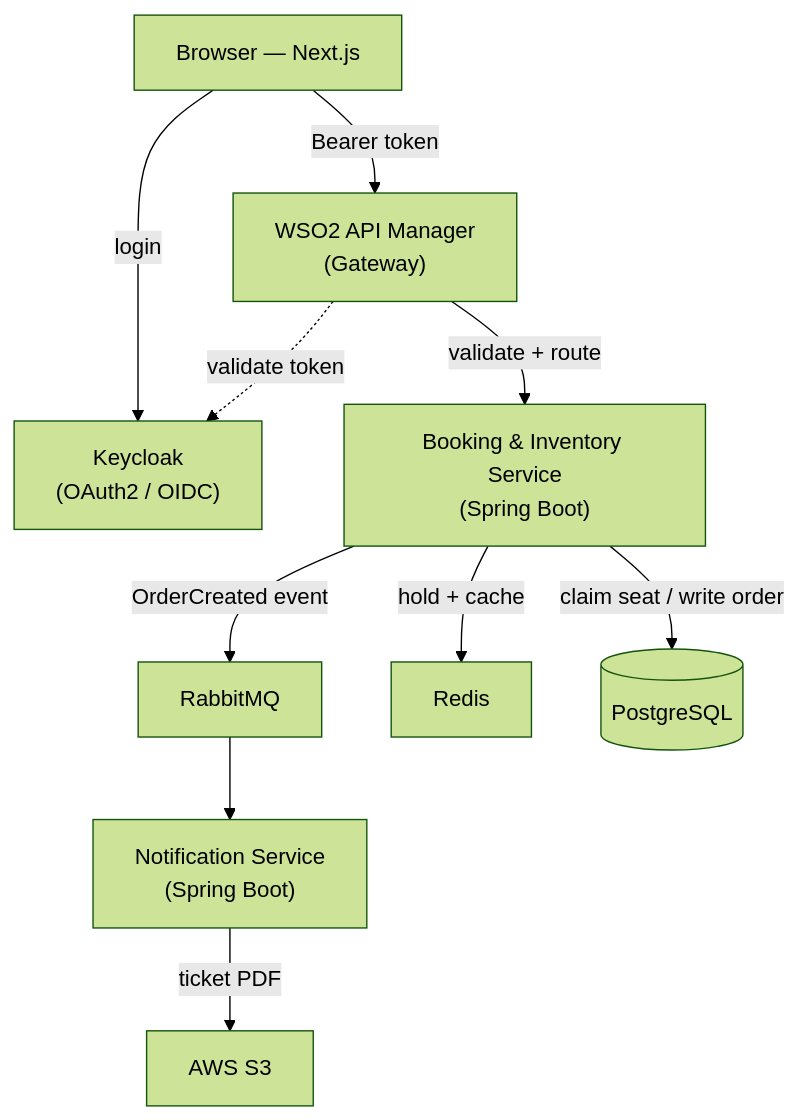
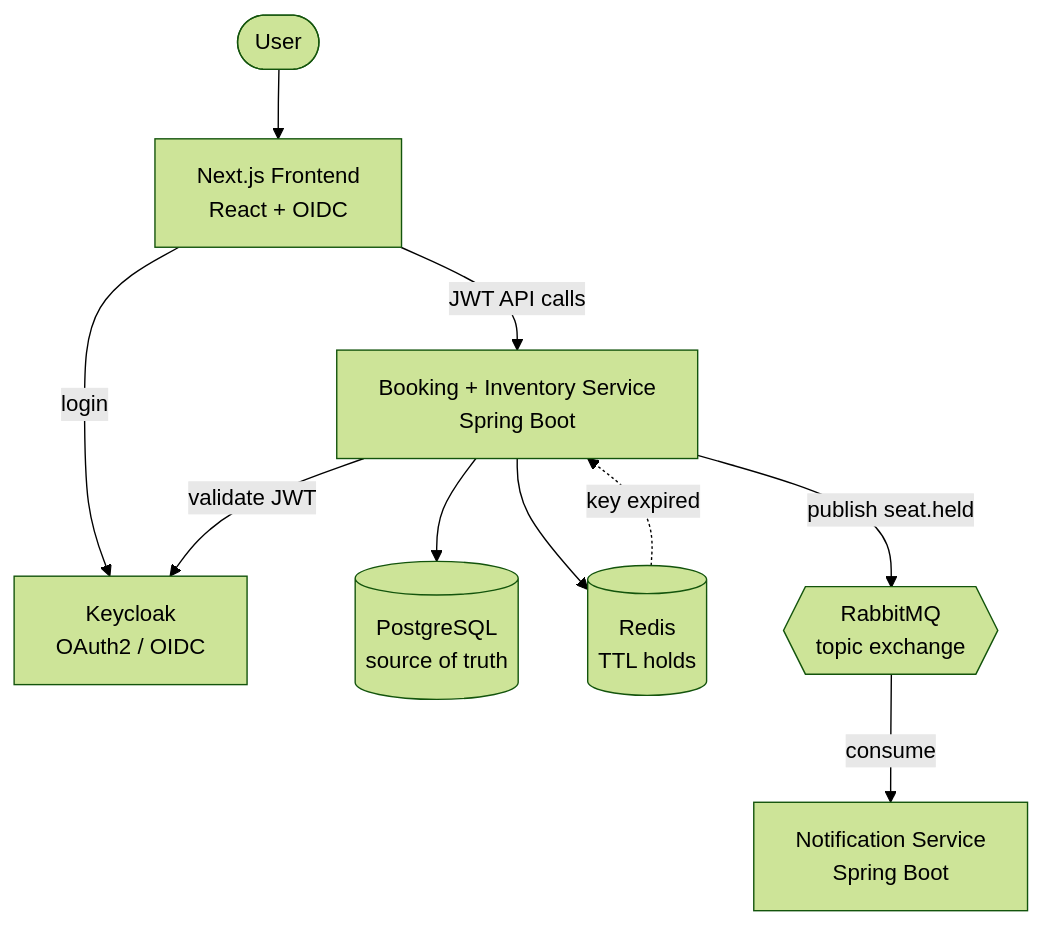
One commit to kalanas210/apextick changed the diagram in README.md. Above: the diagram before and after it, drawn with Mermaid (forest theme). The commit also changed other lines of this file, not shown here.

Commit message:
Update README.md to enhance project description, improve architecture diagram, and clarify concurrency handling in the ApexTick ticket reservation system.

````diff
--- a/README.md
+++ b/README.md
@@ -43,22 +38,21 @@
 ```mermaid
-flowchart TD
-    Browser["Browser — Next.js"]
-    APIM["WSO2 API Manager<br/>(Gateway)"]
-    KC["Keycloak<br/>(OAuth2 / OIDC)"]
-    Booking["Booking & Inventory Service<br/>(Spring Boot)"]
-    Notif["Notification Service<br/>(Spring Boot)"]
-    MQ["RabbitMQ"]
-    Cache["Redis"]
-    PG[("PostgreSQL")]
-    S3["AWS S3"]
+graph TB
+    User([User])
+    Next["Next.js Frontend<br/>React + OIDC"]
+    KC["Keycloak<br/>OAuth2 / OIDC"]
+    API["Booking + Inventory Service<br/>Spring Boot"]
+    DB[("PostgreSQL<br/>source of truth")]
+    Redis[("Redis<br/>TTL holds")]
+    MQ{{"RabbitMQ<br/>topic exchange"}}
+    Notif["Notification Service<br/>Spring Boot"]
 
-    Browser -->|login| KC
-    Browser -->|Bearer token| APIM
-    APIM -.->|validate token| KC
-    APIM -->|validate + route| Booking
-    Booking -->|claim seat / write order| PG
-    Booking -->|hold + cache| Cache
-    Booking -->|OrderCreated event| MQ
-    MQ --> Notif
-    Notif -->|ticket PDF| S3
+    User --> Next
+    Next -->|login| KC
+    Next -->|JWT API calls| API
+    API -->|validate JWT| KC
+    API --> DB
+    API --> Redis
+    API -->|publish seat.held| MQ
+    MQ -->|consume| Notif
+    Redis -.->|key expired| API
 ```
````
